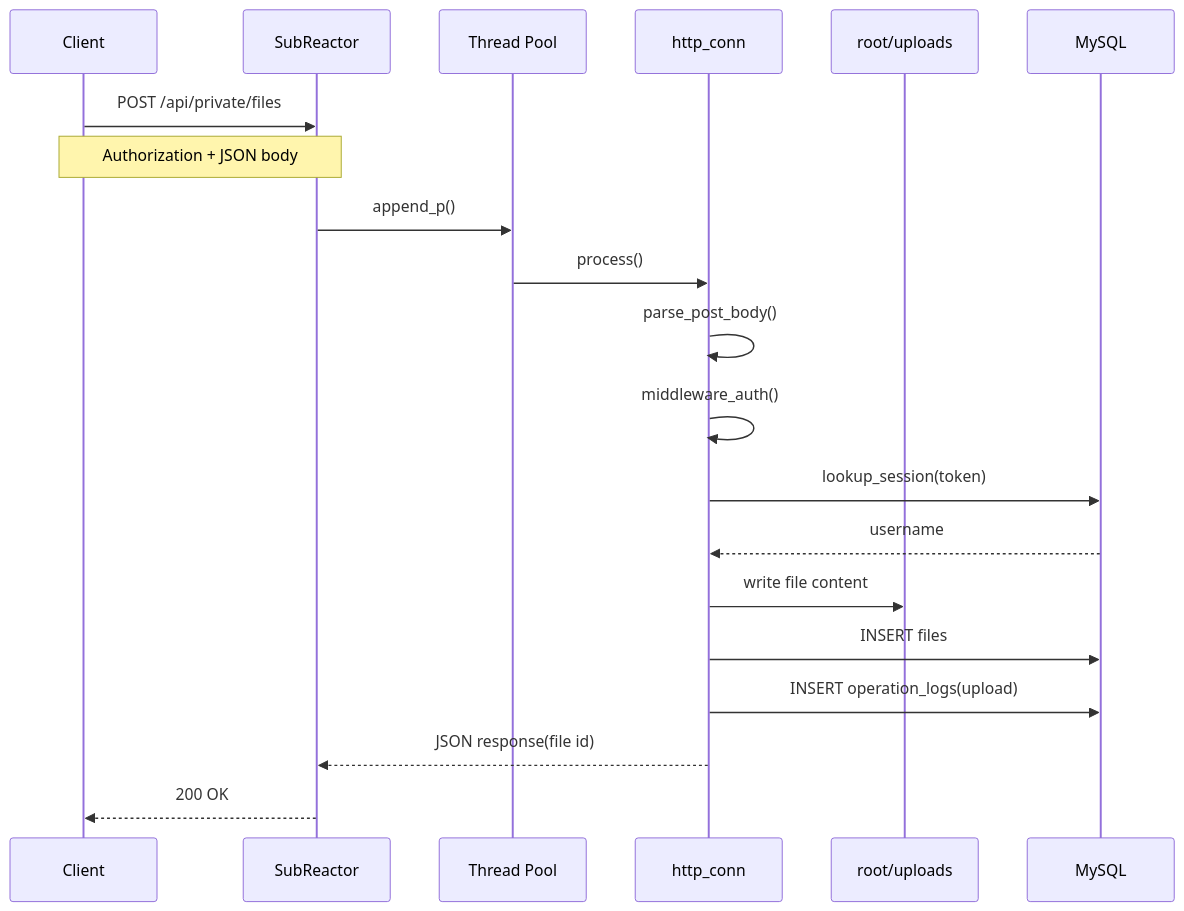
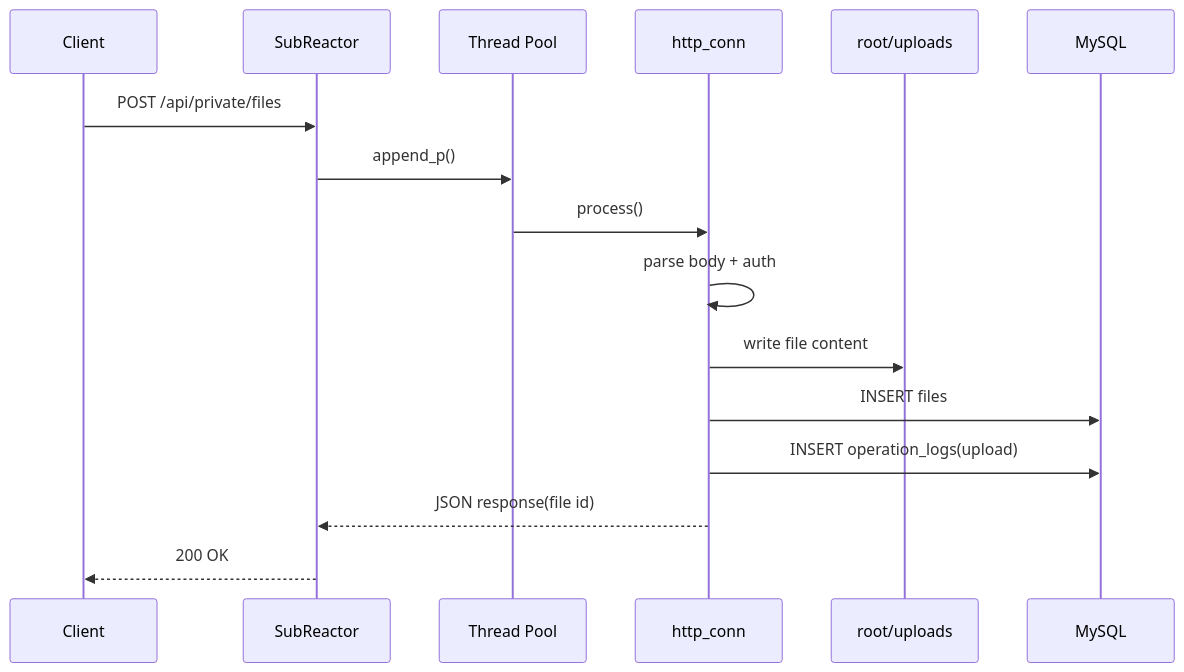
One commit to wjg12345678/High-performance-gateway changed the fourth of 4 diagrams in README.md. Above: the diagram before and after it, drawn with Mermaid. The commit also changed other lines of this file, not shown here.

````diff
--- a/README.md
+++ b/README.md
@@ -711,23 +271,19 @@
 ```mermaid
 sequenceDiagram
     participant C as Client
     participant SR as SubReactor
     participant TP as Thread Pool
     participant HC as http_conn
     participant FS as root/uploads
     participant DB as MySQL
 
     C->>SR: POST /api/private/files
-    Note over C,SR: Authorization + JSON body
     SR->>TP: append_p()
     TP->>HC: process()
-    HC->>HC: parse_post_body()
-    HC->>HC: middleware_auth()
-    HC->>DB: lookup_session(token)
-    DB-->>HC: username
+    HC->>HC: parse body + auth
     HC->>FS: write file content
     HC->>DB: INSERT files
     HC->>DB: INSERT operation_logs(upload)
     HC-->>SR: JSON response(file id)
     SR-->>C: 200 OK
 ```
````
